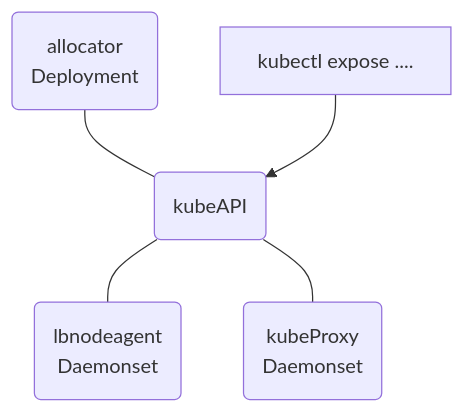
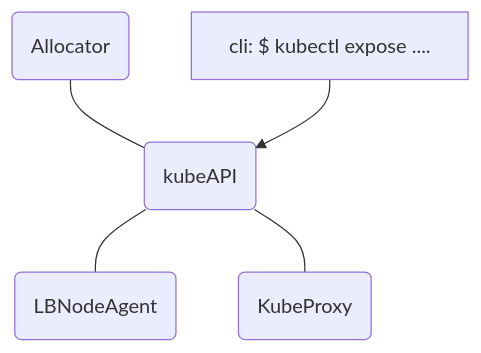
The diagram in website/content/how_it_works/overview/_index.md (purelb/purelb), drawn with Mermaid before and after one commit. The commit also changed other lines of this file and 2 other files, not shown here.

```diff
--- a/website/content/how_it_works/overview/_index.md
+++ b/website/content/how_it_works/overview/_index.md
@@ -24,13 +21,12 @@
 {{<mermaid align="center">}}
-
   graph TD;
-    A(allocator<br/>Deployment);
+    A(Allocator);
     B(kubeAPI);
-    C(lbnodeagent<br/>Daemonset);
-    D(kubeProxy<br/> Daemonset);
-    E[kubectl expose ....];  
+    C(LBNodeAgent);
+    D(KubeProxy);
+    E[cli: $ kubectl expose ....];
     A---B;
     B---C;
     E-->B;
     B---D;
 {{</mermaid>}}
```
